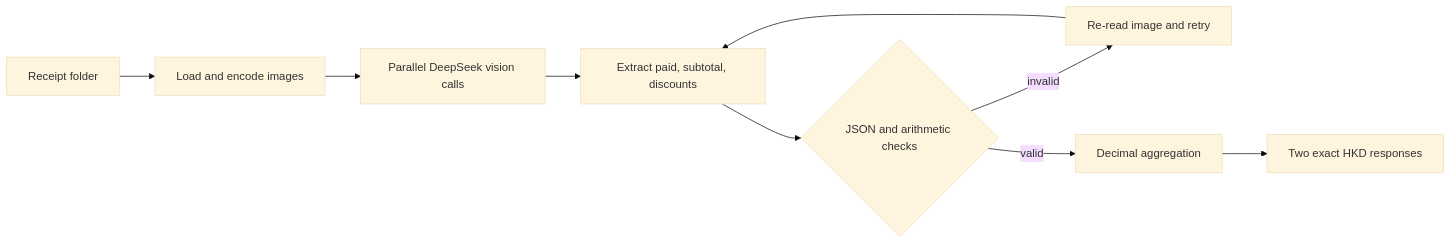
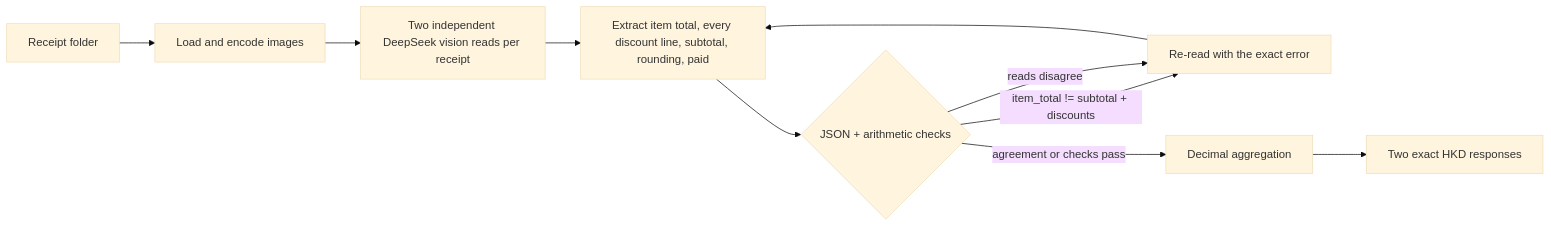
One commit to FreshbirdZhao/FTEC5660 changed the diagram in README.md. Above: the diagram before and after it, drawn with Mermaid (base theme). The commit also changed other lines of this file and 1 other file, not shown here.

Commit message:
Improve receipt extraction: per-line discounts, item-total cross-check, double-read consensus

````diff
--- a/README.md
+++ b/README.md
@@ -52,11 +52,12 @@
 ```mermaid
 flowchart LR
     A[Receipt folder] --> B[Load and encode images]
-    B --> C[Parallel DeepSeek vision calls]
-    C --> D[Extract paid, subtotal, discounts]
-    D --> E{JSON and arithmetic checks}
-    E -->|invalid| F[Re-read image and retry]
+    B --> C[Two independent DeepSeek vision reads per receipt]
+    C --> D[Extract item total, every discount line, subtotal, rounding, paid]
+    D --> E{JSON + arithmetic checks}
+    E -->|item_total != subtotal + discounts| F[Re-read with the exact error]
+    E -->|reads disagree| F
     F --> D
-    E -->|valid| G[Decimal aggregation]
+    E -->|agreement or checks pass| G[Decimal aggregation]
     G --> H[Two exact HKD responses]
 ```
````
